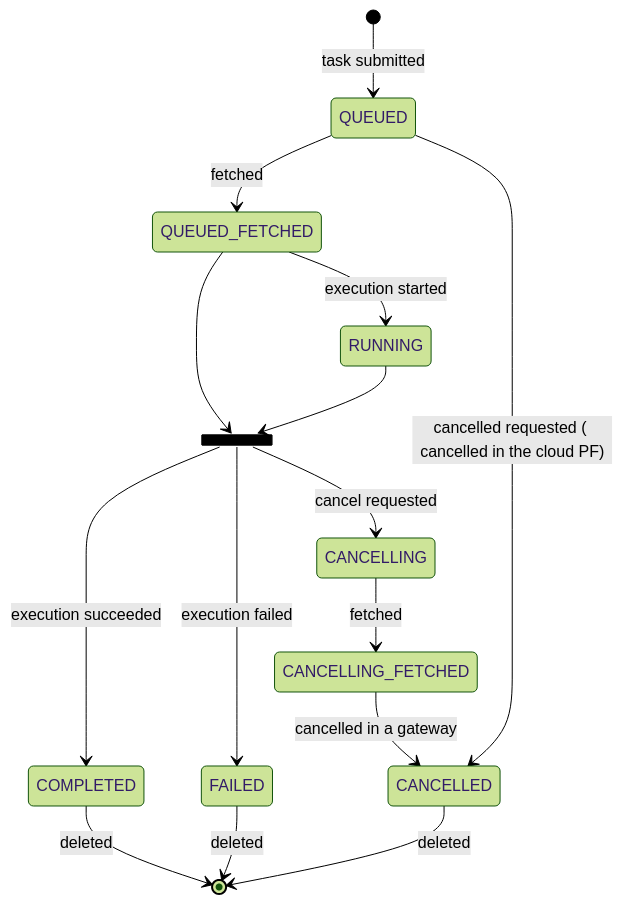
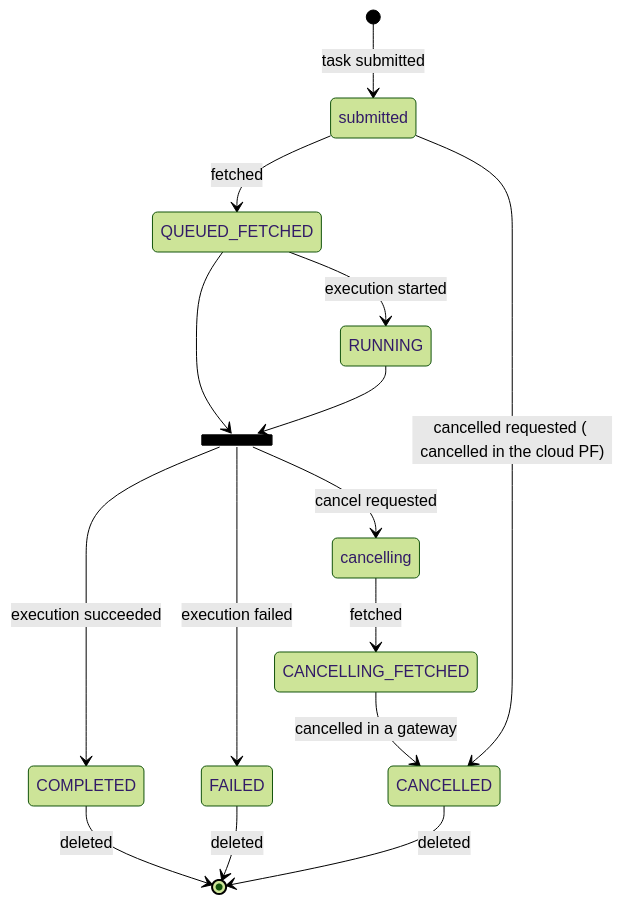
One commit to oqtopus-team/oqtopus-cloud changed the diagram in docs/ja/architecture/task_state_transition_diagram.md. Above: the diagram before and after it, drawn with Mermaid (forest theme). The commit also changed 38 other files, not shown here.

````diff
--- a/docs/ja/architecture/task_state_transition_diagram.md
+++ b/docs/ja/architecture/task_state_transition_diagram.md
@@ -5,23 +5,23 @@
 ```mermaid
 stateDiagram-v2
-    [*] --> QUEUED :task submitted
+    [*] --> submitted :task submitted
 
-    QUEUED --> QUEUED_FETCHED :fetched
+    submitted --> QUEUED_FETCHED :fetched
     QUEUED_FETCHED --> RUNNING : execution started
     
     state join_state <<join>>
     QUEUED_FETCHED --> join_state
     RUNNING --> join_state
     
     state join_state <<fork>>
     join_state --> COMPLETED :execution succeeded
     join_state --> FAILED :execution failed
-    join_state --> CANCELLING :cancel requested
+    join_state --> cancelling :cancel requested
     
     COMPLETED --> [*] :deleted
     FAILED --> [*] :deleted
-    CANCELLING --> CANCELLING_FETCHED :fetched
+    cancelling --> CANCELLING_FETCHED :fetched
     CANCELLING_FETCHED --> CANCELLED :cancelled in a gateway
-    QUEUED --> CANCELLED :cancelled requested ( cancelled in the cloud PF)
+    submitted --> CANCELLED :cancelled requested ( cancelled in the cloud PF)
     CANCELLED --> [*] :deleted
 ```
````
